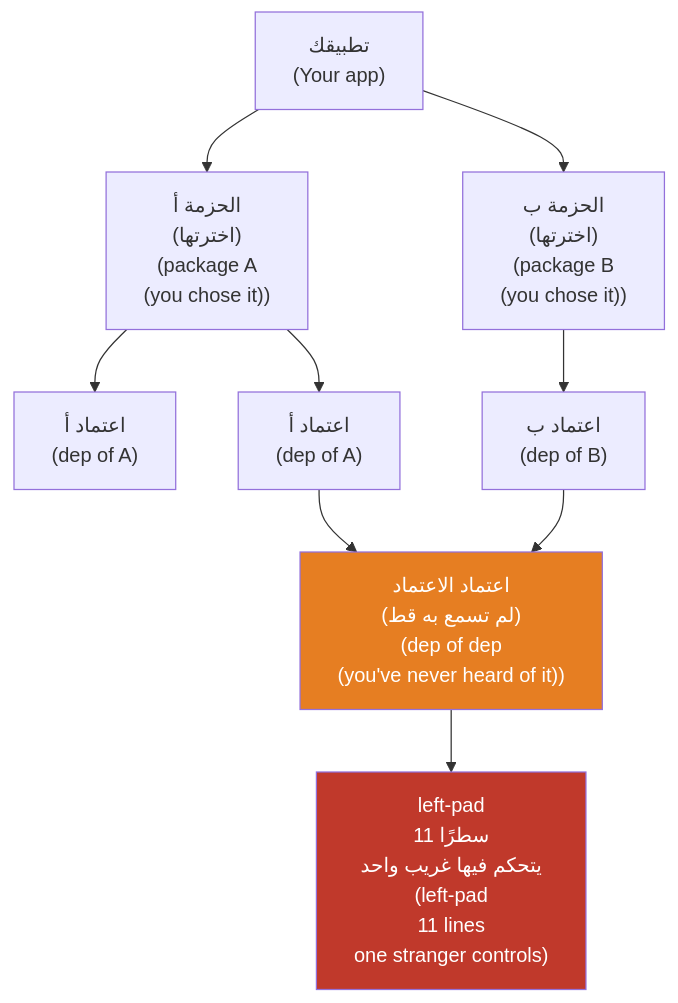
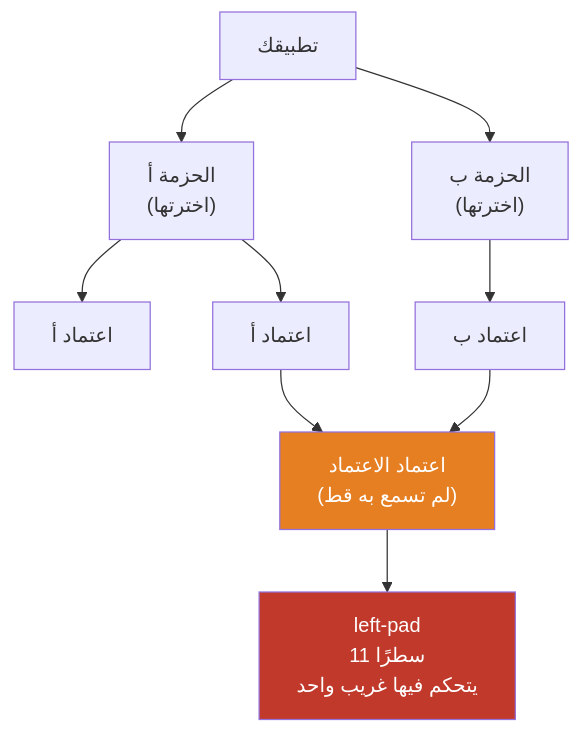
Before and after one commit to Tamoura/system-design-for-vibe-coders: the fourth of 5 diagrams in modules/08-safety-nets/module.ar.md, drawn with Mermaid. The commit also changed other lines of this file and 551 other files, not shown here.

````diff
--- a/modules/08-safety-nets/module.ar.md
+++ b/modules/08-safety-nets/module.ar.md
@@ -523,13 +523,13 @@
 ```mermaid
 flowchart TD
-    YOU["تطبيقك<br/>(Your app)"] --> A["الحزمة أ<br/>(اخترتها)<br/>(package A<br/>(you chose it))"]
-    YOU --> B["الحزمة ب<br/>(اخترتها)<br/>(package B<br/>(you chose it))"]
-    A --> A1["اعتماد أ<br/>(dep of A)"]
-    A --> A2["اعتماد أ<br/>(dep of A)"]
-    A2 --> A3["اعتماد الاعتماد<br/>(لم تسمع به قط)<br/>(dep of dep<br/>(you've never heard of it))"]
-    B --> B1["اعتماد ب<br/>(dep of B)"]
+    YOU["تطبيقك"] --> A["الحزمة أ<br/>(اخترتها)"]
+    YOU --> B["الحزمة ب<br/>(اخترتها)"]
+    A --> A1["اعتماد أ"]
+    A --> A2["اعتماد أ"]
+    A2 --> A3["اعتماد الاعتماد<br/>(لم تسمع به قط)"]
+    B --> B1["اعتماد ب"]
     B1 --> A3
-    A3 --> LP["left-pad<br/>11 سطرًا<br/>يتحكم فيها غريب واحد<br/>(left-pad<br/>11 lines<br/>one stranger controls)"]
+    A3 --> LP["left-pad<br/>11 سطرًا<br/>يتحكم فيها غريب واحد"]
     style LP fill:#c0392b,color:#fff
     style A3 fill:#e67e22,color:#fff
 ```
````
